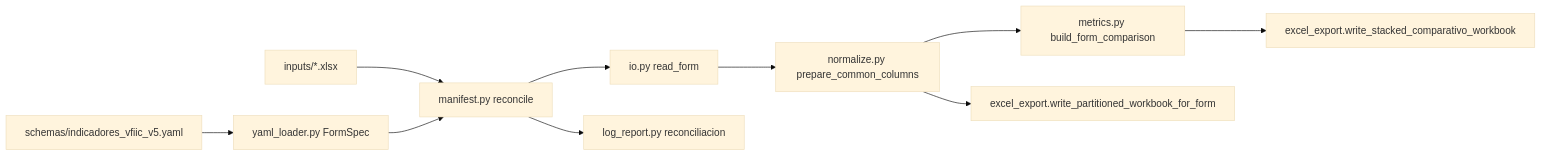
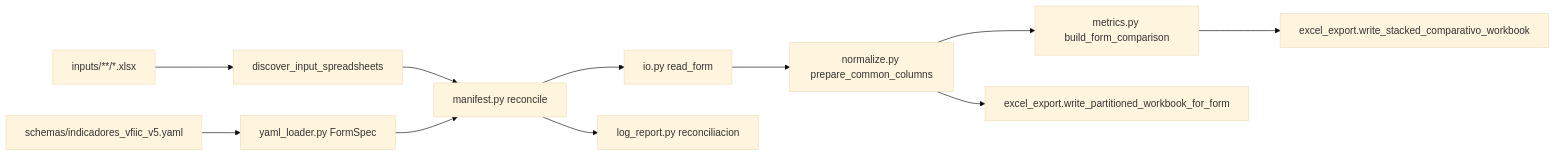
Before and after one commit to jesusrloza/vfiic-kpis-operativos: the first of 2 diagrams in docs/arquitectura.md, drawn with Mermaid (base theme). The commit also changed other lines of this file and 34 other files, not shown here.

````diff
--- a/docs/arquitectura.md
+++ b/docs/arquitectura.md
@@ -20,12 +29,13 @@
 ```mermaid
 flowchart LR
   yaml["schemas/indicadores_vfiic_v5.yaml"] --> loader["yaml_loader.py FormSpec"]
-  inputDir["inputs/*.xlsx"] --> manifest["manifest.py reconcile"]
+  inputDir["inputs/**/*.xlsx"] --> discover["discover_input_spreadsheets"]
+  discover --> manifest["manifest.py reconcile"]
   loader --> manifest
   manifest --> reader["io.py read_form"]
   reader --> normalize["normalize.py prepare_common_columns"]
   normalize --> metrics["metrics.py build_form_comparison"]
   normalize --> partWriter["excel_export.write_partitioned_workbook_for_form"]
   metrics --> stackWriter["excel_export.write_stacked_comparativo_workbook"]
   manifest --> logs["log_report.py reconciliacion"]
 ```
````
